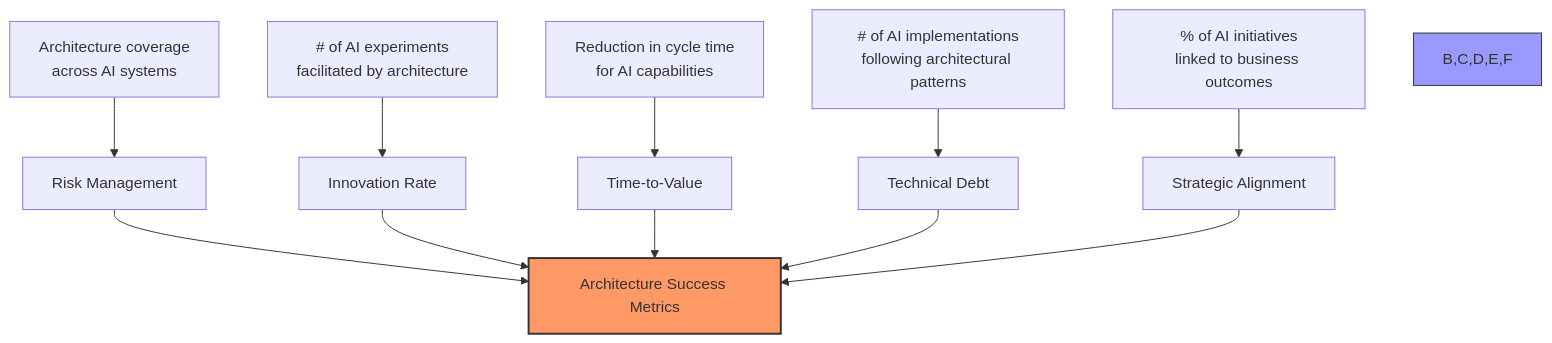
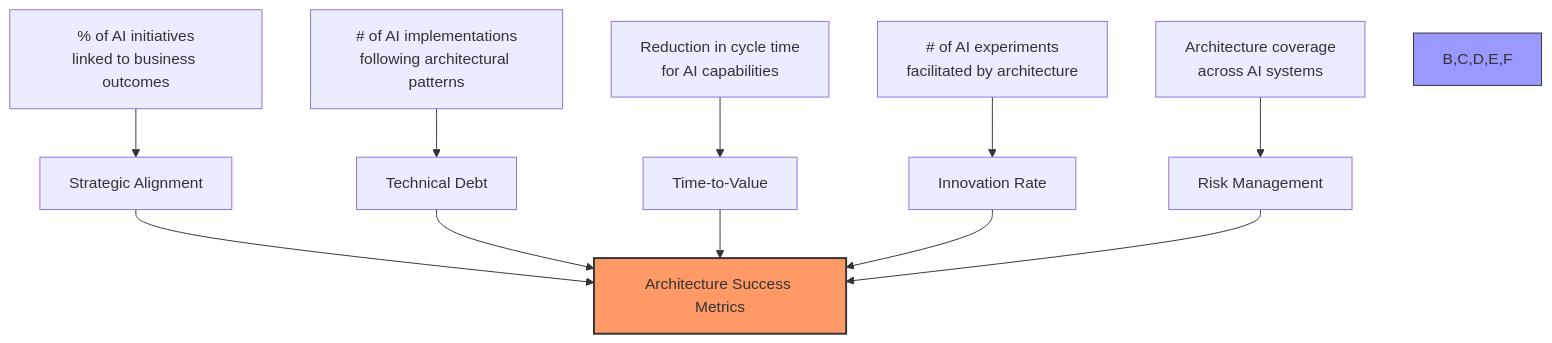
The fifth of 8 diagrams in cio-may.md (AliceNN-ucdenver/Iasa), drawn with Mermaid before and after one commit. The commit also changed other lines of this file, not shown here.

````diff
--- a/cio-may.md
+++ b/cio-may.md
@@ -157,17 +169,17 @@
 ```mermaid
 flowchart TD
+    B1["% of AI initiatives<br>linked to business outcomes"] --> B["Strategic Alignment"]
+    C1["# of AI implementations<br>following architectural patterns"] --> C["Technical Debt"]
+    D1["Reduction in cycle time<br>for AI capabilities"] --> D["Time-to-Value"]
+    E1["# of AI experiments<br>facilitated by architecture"] --> E["Innovation Rate"]
     F1["Architecture coverage<br>across AI systems"] --> F["Risk Management"]
-    E1["# of AI experiments<br>facilitated by architecture"] --> E["Innovation Rate"]
-    D1["Reduction in cycle time<br>for AI capabilities"] --> D["Time-to-Value"]
-    C1["# of AI implementations<br>following architectural patterns"] --> C["Technical Debt"]
-    B1["% of AI initiatives<br>linked to business outcomes"] --> B["Strategic Alignment"]
     
-    F --> A["Architecture Success Metrics"]
+    B --> A["Architecture Success Metrics"]
+    C --> A
+    D --> A
     E --> A
-    D --> A
-    C --> A
-    B --> A
+    F --> A
     
     style A fill:#f96,stroke:#333,stroke-width:2px
     style B,C,D,E,F fill:#99f,stroke:#333,stroke-width:1px
 ```
````
